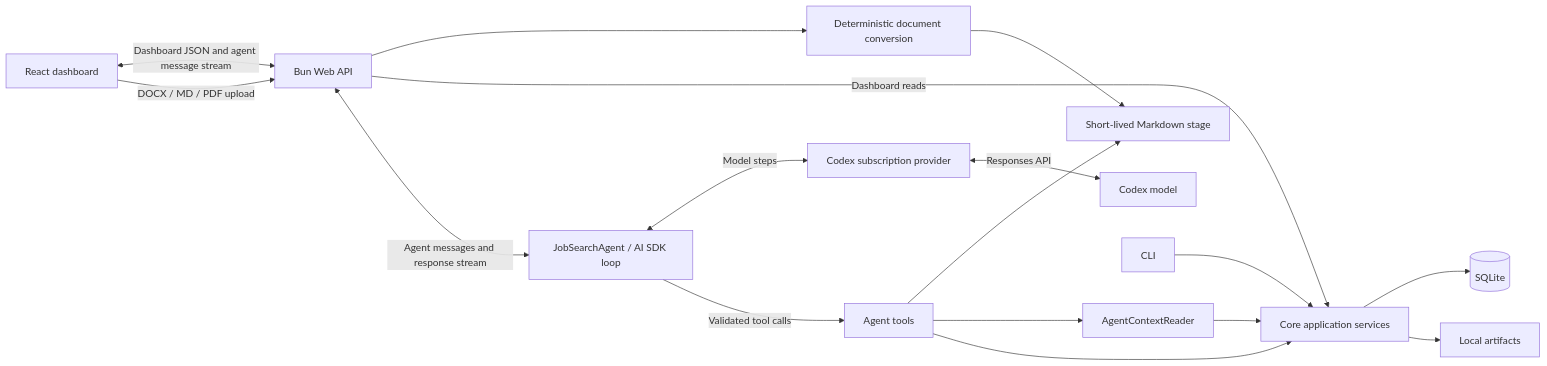
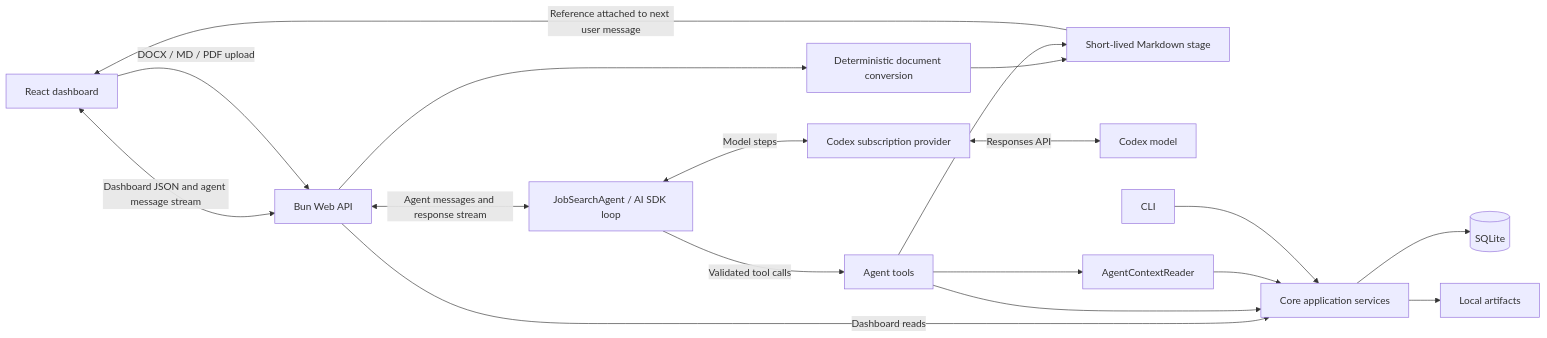
Before and after one commit to paulmccallick/gig-finder: the diagram in docs/architecture/overview.md, drawn with Mermaid. The commit also changed 12 other files, not shown here.

````diff
--- a/docs/architecture/overview.md
+++ b/docs/architecture/overview.md
@@ -5,19 +5,20 @@
 ```mermaid
 flowchart LR
   Dashboard[React dashboard] <-->|Dashboard JSON and agent message stream| API[Bun Web API]
   Dashboard -->|DOCX / MD / PDF upload| API
   API --> Converter[Deterministic document conversion]
   Converter --> Stage[Short-lived Markdown stage]
+  Stage -->|Reference attached to next user message| Dashboard
   API -->|Dashboard reads| Core[Core application services]
   API <-->|Agent messages and response stream| Agent[JobSearchAgent / AI SDK loop]
   Agent <-->|Model steps| Provider[Codex subscription provider]
   Provider <-->|Responses API| Model[Codex model]
   Agent -->|Validated tool calls| Tools[Agent tools]
   Tools --> Stage
   Tools --> Reader[AgentContextReader]
   Tools --> Core
   Reader --> Core
   CLI[CLI] --> Core
   Core --> SQLite[(SQLite)]
   Core --> Artifacts[Local artifacts]
 ```
````
